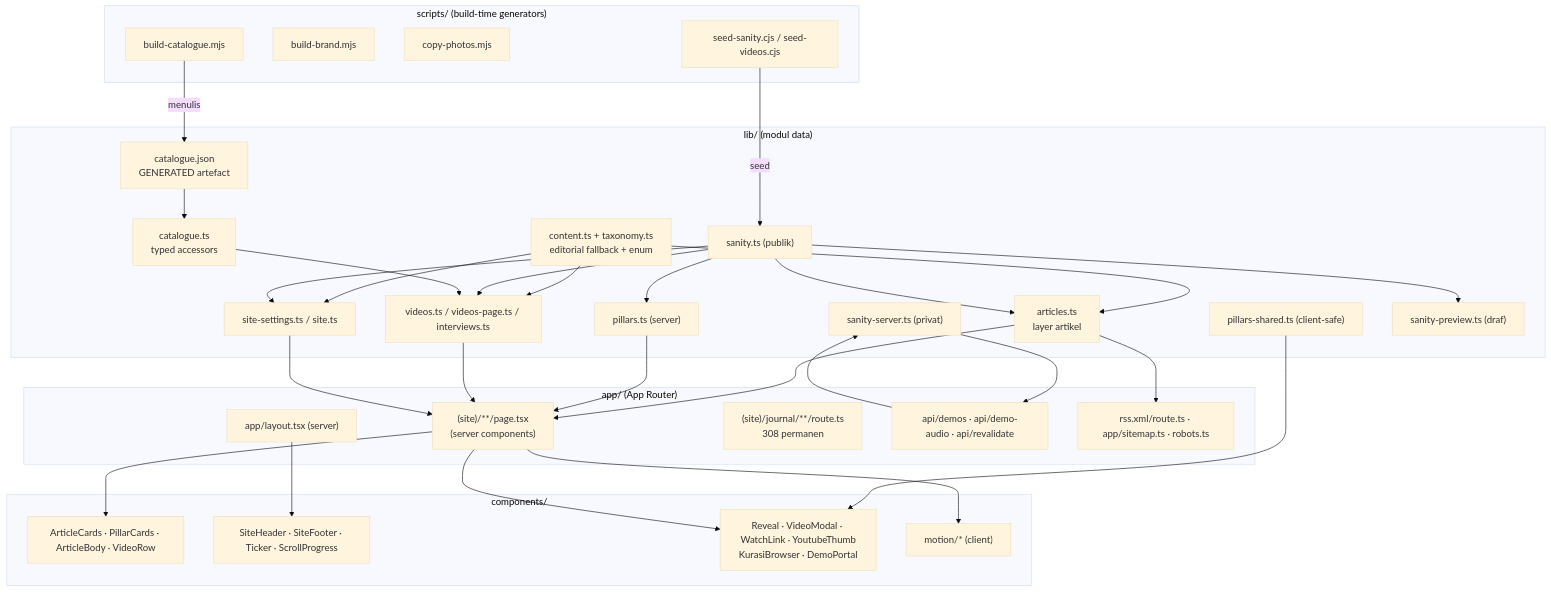
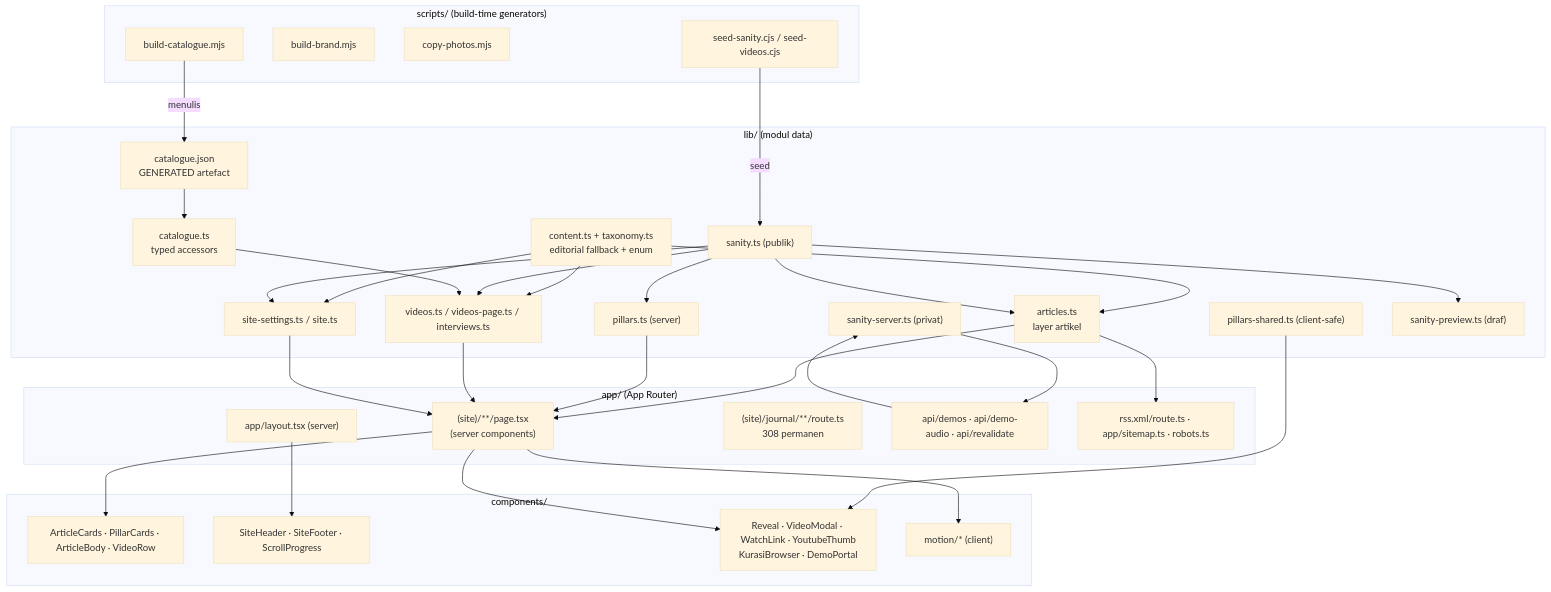
Before and after one commit to albiruby/melodialam-website: the third of 6 diagrams in docs/ARCHITECTURE.md, drawn with Mermaid (base theme). The commit also changed other lines of this file and 43 other files, not shown here.

````diff
--- a/docs/ARCHITECTURE.md
+++ b/docs/ARCHITECTURE.md
@@ -276,63 +276,63 @@
 ```mermaid
 graph TB
   subgraph scripts["scripts/ (build-time generators)"]
     bc["build-catalogue.mjs"]
     bb["build-brand.mjs"]
     cp["copy-photos.mjs"]
     ss["seed-sanity.cjs / seed-videos.cjs"]
   end
 
   subgraph lib["lib/ (modul data)"]
     content["content.ts + taxonomy.ts<br/>editorial fallback + enum"]
     articles["articles.ts<br/>layer artikel"]
     pillars["pillars.ts (server)"]
     pshared["pillars-shared.ts (client-safe)"]
     videos["videos.ts / videos-page.ts / interviews.ts"]
     settings["site-settings.ts / site.ts"]
     sanity["sanity.ts (publik)"]
     sserver["sanity-server.ts (privat)"]
     spreview["sanity-preview.ts (draf)"]
     catjson["catalogue.json<br/>GENERATED artefact"]
     catts["catalogue.ts<br/>typed accessors"]
   end
 
   subgraph app["app/ (App Router)"]
     layout["app/layout.tsx (server)"]
     pages["(site)/**/page.tsx<br/>(server components)"]
     redirect["(site)/journal/**/route.ts<br/>308 permanen"]
     api["api/demos · api/demo-audio · api/revalidate"]
     feed["rss.xml/route.ts · app/sitemap.ts · robots.ts"]
   end
 
   subgraph comp["components/"]
     cards["ArticleCards · PillarCards · ArticleBody · VideoRow"]
-    shell["SiteHeader · SiteFooter · Ticker · ScrollProgress"]
+    shell["SiteHeader · SiteFooter · ScrollProgress"]
     client["Reveal · VideoModal · WatchLink · YoutubeThumb<br/>KurasiBrowser · DemoPortal"]
     motionc["motion/* (client)"]
   end
 
   bc -->|"menulis"| catjson
   catjson --> catts
   content --> articles
   content --> settings
   content --> videos
   sanity --> articles
   sanity --> pillars
   sanity --> videos
   sanity --> settings
   sanity --> spreview
   sserver --> api
   catts --> videos
   articles --> pages
   pillars --> pages
   videos --> pages
   settings --> pages
   pshared --> client
   articles --> feed
   pages --> cards
   pages --> client
   pages --> motionc
   layout --> shell
   api --> sserver
   ss -->|"seed"| sanity
 ```
````
